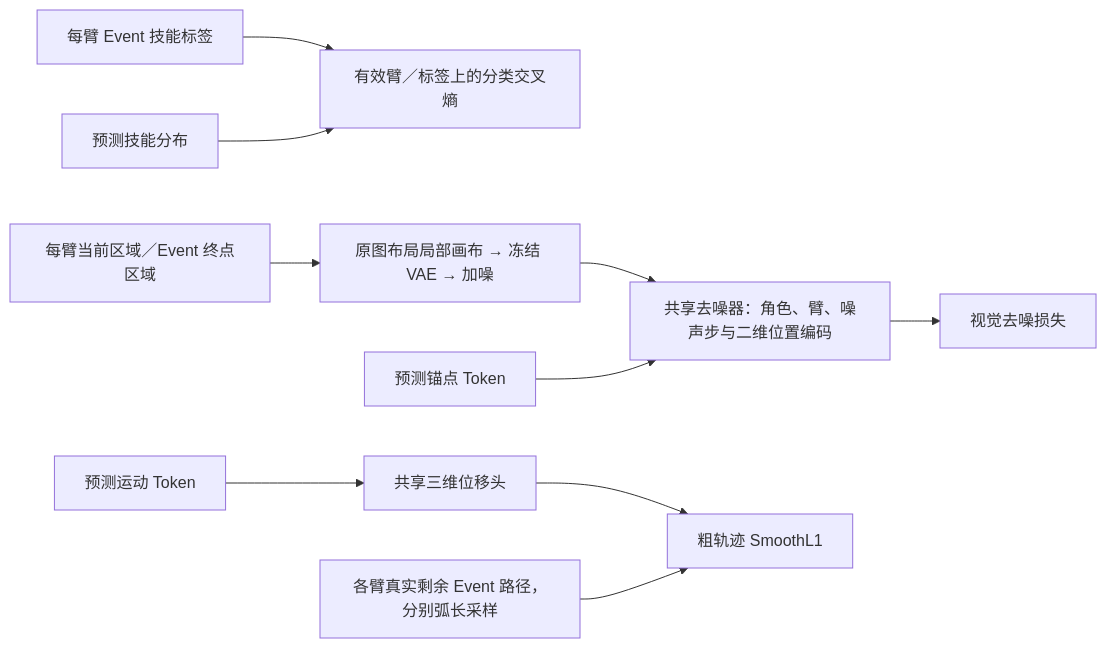
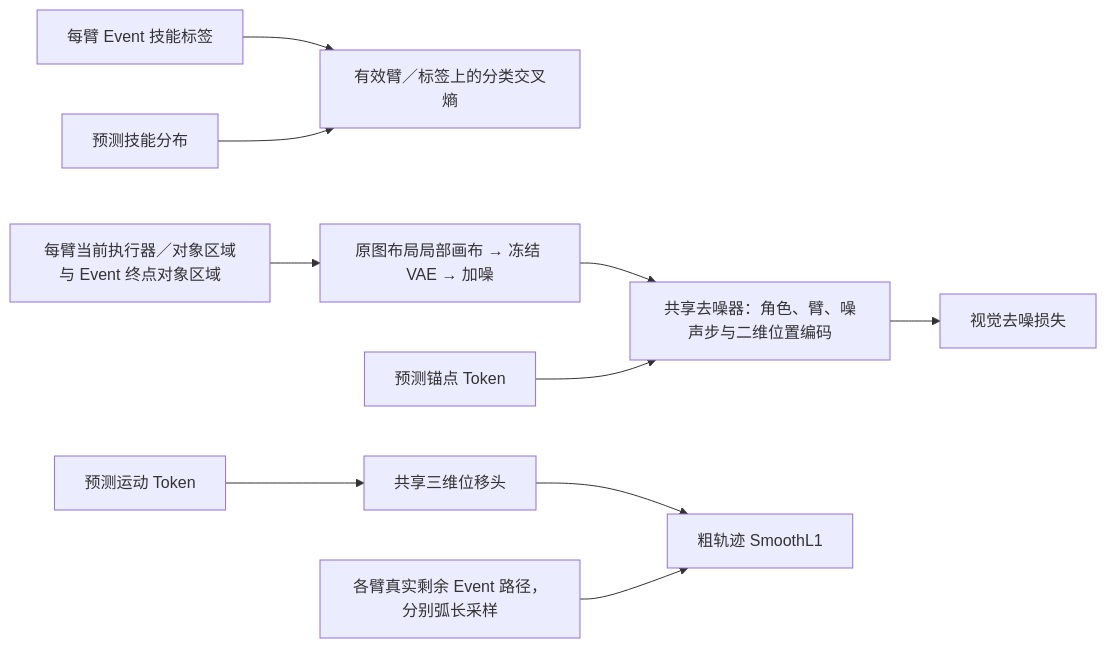
Before and after one commit to lyk-nju/ESkill-VLA: the second of 2 diagrams in docs/design.md, drawn with Mermaid. The commit also changed other lines of this file and 21 other files, not shown here.

````diff
--- a/docs/design.md
+++ b/docs/design.md
@@ -49,12 +49,12 @@
 ```mermaid
 flowchart LR
     LABEL["每臂 Event 技能标签"] --> CE["有效臂／标签上的分类交叉熵"]
     LOGIT["预测技能分布"] --> CE
-    ROI["每臂当前区域／Event 终点区域"] --> ENC["原图布局局部画布 → 冻结 VAE → 加噪"]
+    ROI["每臂当前执行器／对象区域与 Event 终点对象区域"] --> ENC["原图布局局部画布 → 冻结 VAE → 加噪"]
     ENC --> DEN["共享去噪器：角色、臂、噪声步与二维位置编码"]
-    G["预测锚点 Token"] --> DEN
+    target_grounding["预测锚点 Token"] --> DEN
     DEN --> LG["视觉去噪损失"]
-    Z["预测运动 Token"] --> HEAD["共享三维位移头"]
+    latent_motion["预测运动 Token"] --> HEAD["共享三维位移头"]
     HEAD --> LM["粗轨迹 SmoothL1"]
     TRACE["各臂真实剩余 Event 路径，分别弧长采样"] --> LM
 ```
````
